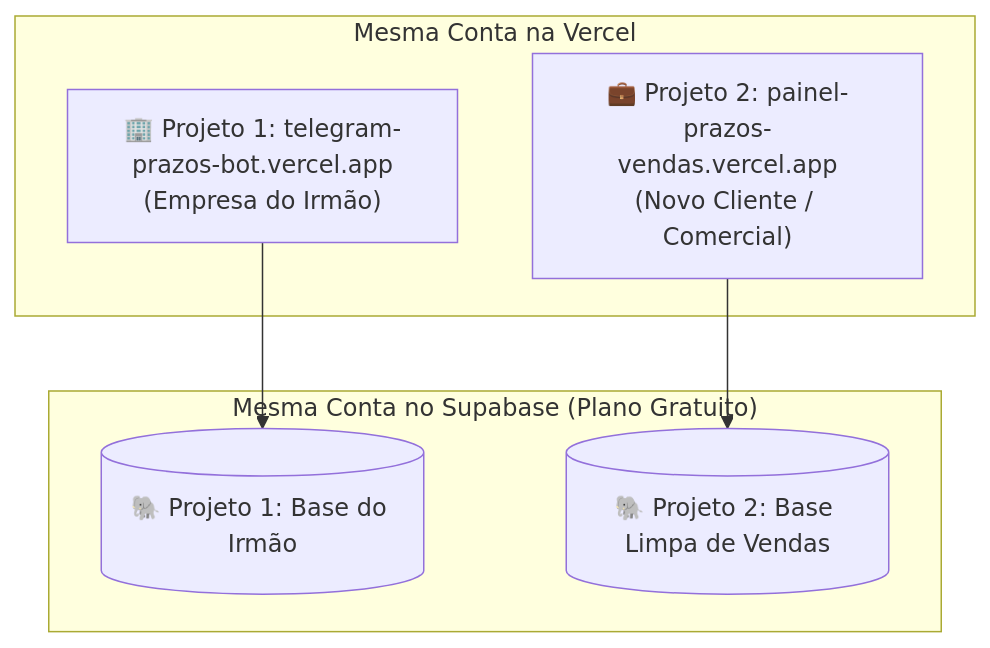
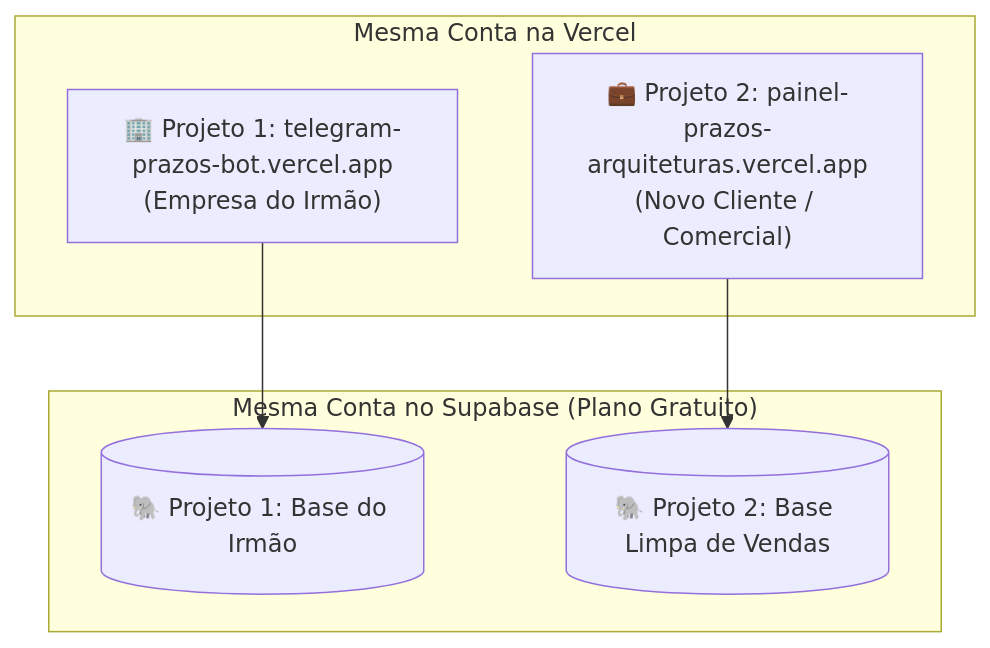
One commit to viniciuslazarobr/painel-prazos-arquitetura changed the diagram in README.md. Above: the diagram before and after it, drawn with Mermaid. The commit also changed other lines of this file, not shown here.

````diff
--- a/README.md
+++ b/README.md
@@ -60,15 +60,15 @@
 ```mermaid
 flowchart TD
     subgraph VERCEL[" Mesma Conta na Vercel "]
         V1["🏢 Projeto 1: telegram-prazos-bot.vercel.app<br/>(Empresa do Irmão)"]
-        V2["💼 Projeto 2: painel-prazos-vendas.vercel.app<br/>(Novo Cliente / Comercial)"]
+        V2["💼 Projeto 2: painel-prazos-arquiteturas.vercel.app<br/>(Novo Cliente / Comercial)"]
     end
 
     subgraph SUPABASE[" Mesma Conta no Supabase (Plano Gratuito) "]
         S1[("🐘 Projeto 1: Base do Irmão")]
         S2[("🐘 Projeto 2: Base Limpa de Vendas")]
     end
 
     V1 --> S1
     V2 --> S2
 ```
````
